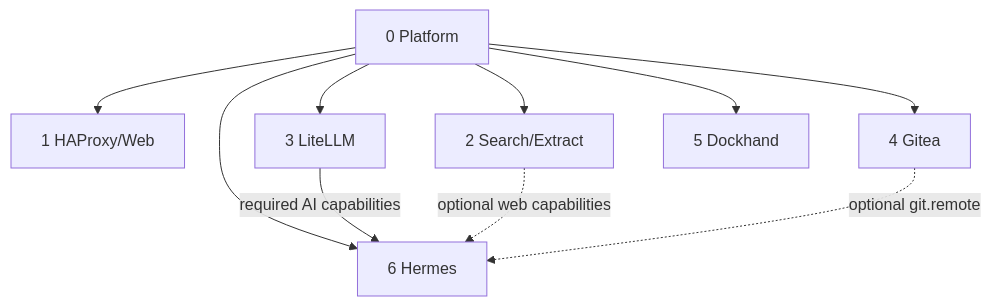
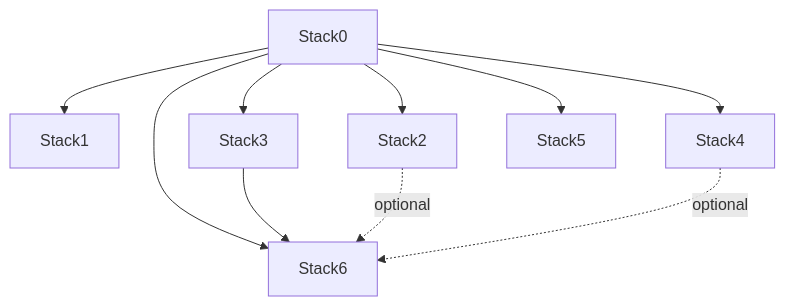
The diagram in INSTALLATION.md (ea1het/local_hybrid_ai), drawn with Mermaid before and after one commit. The commit also changed other lines of this file and 46 other files, not shown here.

````diff
--- a/INSTALLATION.md
+++ b/INSTALLATION.md
@@ -32,12 +16,12 @@
 ```mermaid
 flowchart TB
-    S0[0 Platform] --> S1[1 HAProxy/Web]
-    S0 --> S2[2 Search/Extract]
-    S0 --> S3[3 LiteLLM]
-    S0 --> S4[4 Gitea]
-    S0 --> S5[5 Dockhand]
-    S0 --> S6[6 Hermes]
-    S3 -->|required AI capabilities| S6
-    S2 -.->|optional web capabilities| S6
-    S4 -.->|optional git.remote| S6
+  S0[Stack0] --> S1[Stack1]
+  S0 --> S2[Stack2]
+  S0 --> S3[Stack3]
+  S0 --> S4[Stack4]
+  S0 --> S5[Stack5]
+  S0 --> S6[Stack6]
+  S3 --> S6
+  S2 -. optional .-> S6
+  S4 -. optional .-> S6
 ```
````
